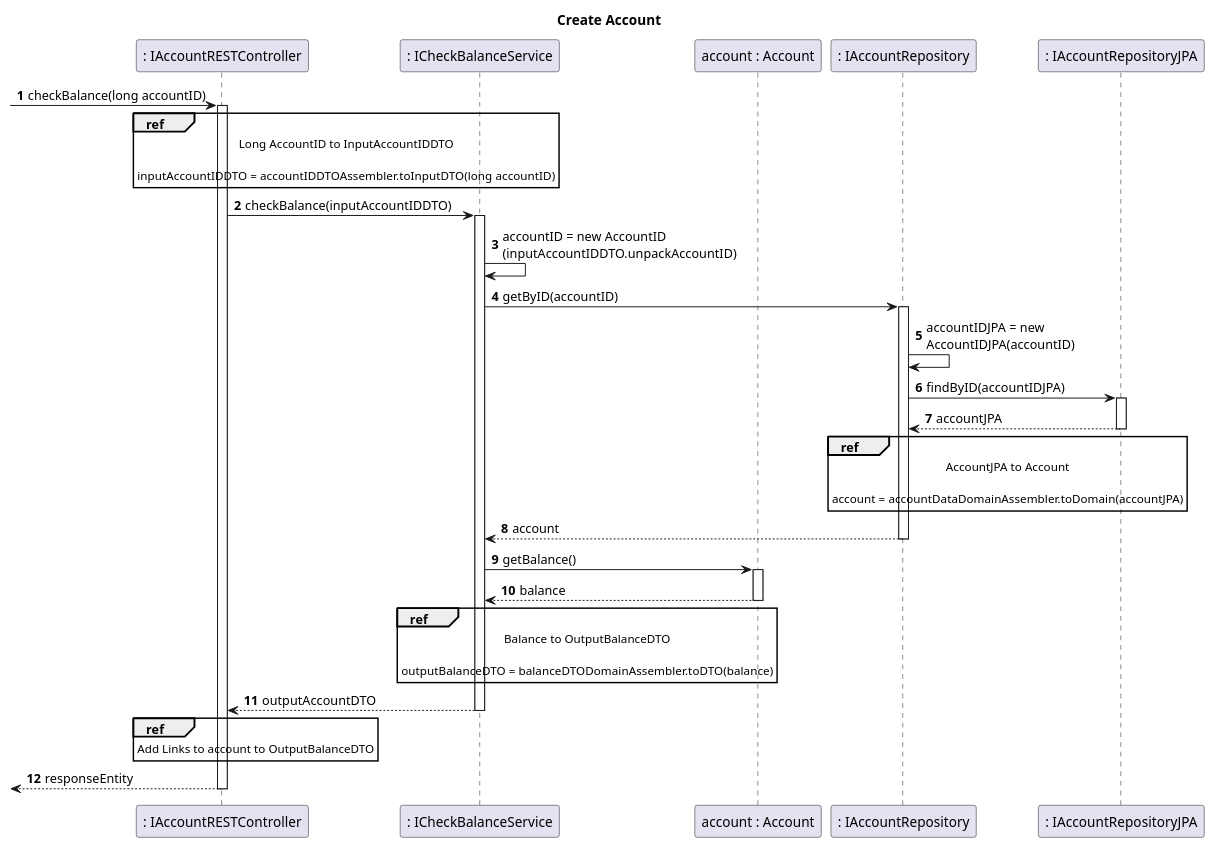
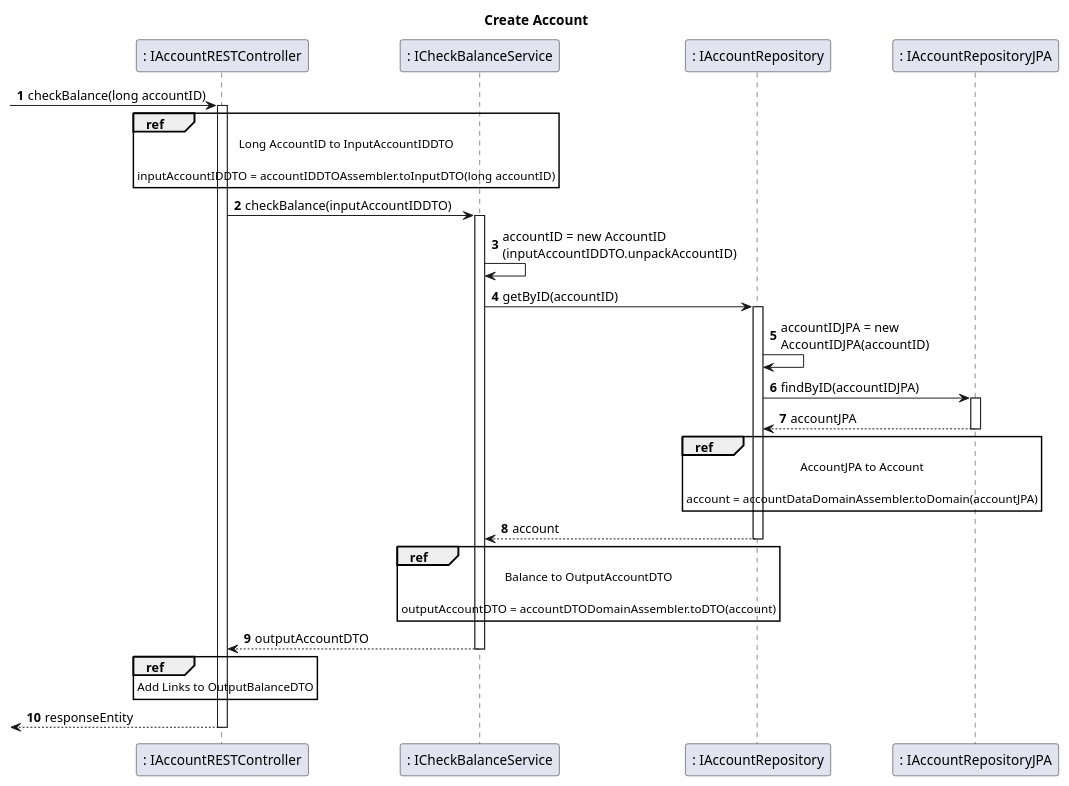
The diagram in docs/sprint5/user_stories/US000_CheckBalance.md (tomas-osswald/switch_2020_g3), drawn with PlantUML before and after one commit. The commit also changed other lines of this file and 1 other file, not shown here.

````diff
--- a/docs/sprint5/user_stories/US000_CheckBalance.md
+++ b/docs/sprint5/user_stories/US000_CheckBalance.md
@@ -59,61 +59,57 @@
 ```puml
 autonumber 1
 title Create Account
 
 participant ": IAccountRESTController" as controller
 participant ": ICheckBalanceService" as service
-participant "account : Account" as account
 participant ": IAccountRepository" as repository
 participant ": IAccountRepositoryJPA" as repositoryJPA
 
 
 -> controller : checkBalance(long accountID)
 activate controller
 
 ref over controller
 Long AccountID to InputAccountIDDTO
 
 inputAccountIDDTO = accountIDDTOAssembler.toInputDTO(long accountID)
 end
 
 controller -> service : checkBalance(inputAccountIDDTO)
 activate service
 
 service -> service : accountID = new AccountID\n(inputAccountIDDTO.unpackAccountID)
 
 service -> repository : getByID(accountID)
 activate repository
 
 repository -> repository : accountIDJPA = new \nAccountIDJPA(accountID)
 
 repository -> repositoryJPA : findByID(accountIDJPA)
 activate repositoryJPA
 return accountJPA
 
 ref over repository
 AccountJPA to Account
 
 account = accountDataDomainAssembler.toDomain(accountJPA)
 end
 
 return account
 
-service -> account : getBalance()
-activate account
-return balance
 
 ref over service
-Balance to OutputBalanceDTO
+Balance to OutputAccountDTO
 
-outputBalanceDTO = balanceDTODomainAssembler.toDTO(balance)
+outputAccountDTO = accountDTODomainAssembler.toDTO(account)
 end
 
 return outputAccountDTO
 
 ref over controller
-Add Links to account to OutputBalanceDTO
+Add Links to OutputBalanceDTO
 end
 
 return responseEntity
 
 ```
````
